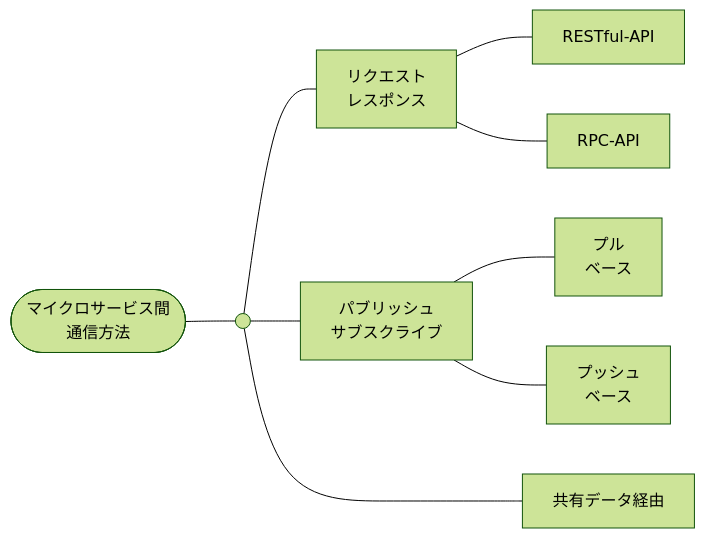
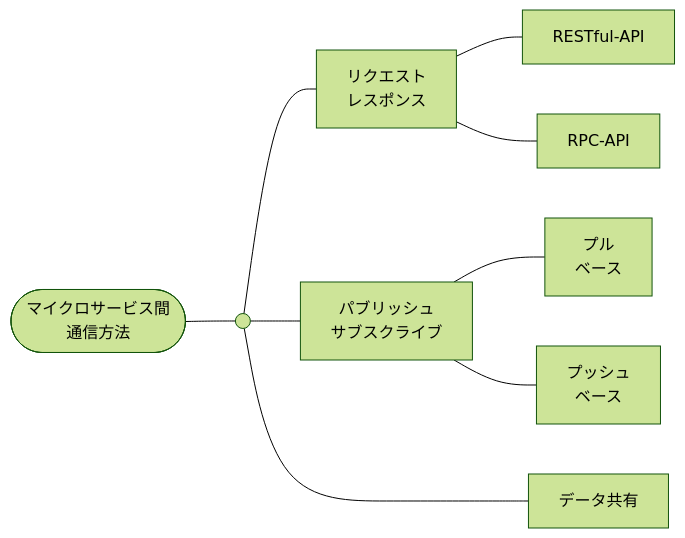
Before and after one commit to hiroki-it/tech-notebook: the tenth of 18 diagrams in docs/software/software_application_architecture_microservices_cloudnative_application.md, drawn with Mermaid (forest theme). The commit also changed other lines of this file and 3 other files, not shown here.

````diff
--- a/docs/software/software_application_architecture_microservices_cloudnative_application.md
+++ b/docs/software/software_application_architecture_microservices_cloudnative_application.md
@@ -500,13 +500,13 @@
 ```mermaid
 flowchart LR
 
   マイクロサービス間通信方法([マイクロサービス間<br>通信方法]) --- マイクロサービス間通信方法の基点(( ))
   マイクロサービス間通信方法の基点 --- リクエストレスポンス[リクエスト<br>レスポンス]
   リクエストレスポンス --- RESTful-API
   リクエストレスポンス --- RPC-API
   マイクロサービス間通信方法の基点 --- パブリッシュサブスクライブ[パブリッシュ<br>サブスクライブ]
   パブリッシュサブスクライブ --- プルベース[プル<br>ベース]
   パブリッシュサブスクライブ --- プッシュベース[プッシュ<br>ベース]
-  マイクロサービス間通信方法の基点 ---- 共有データ経由[共有データ経由]
+マイクロサービス間通信方法の基点 ---- データ共有[データ共有]
 
 ```
````
